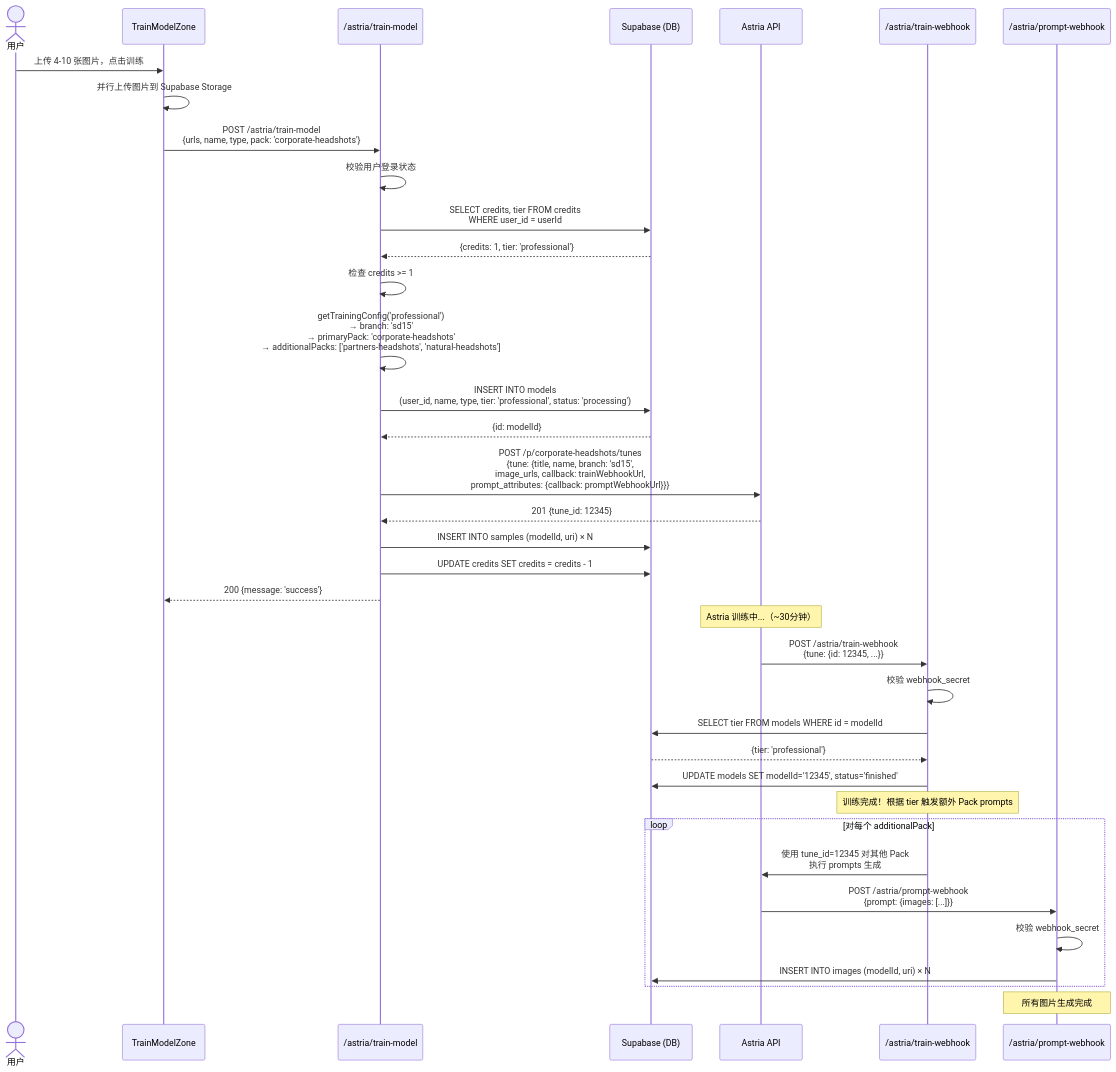
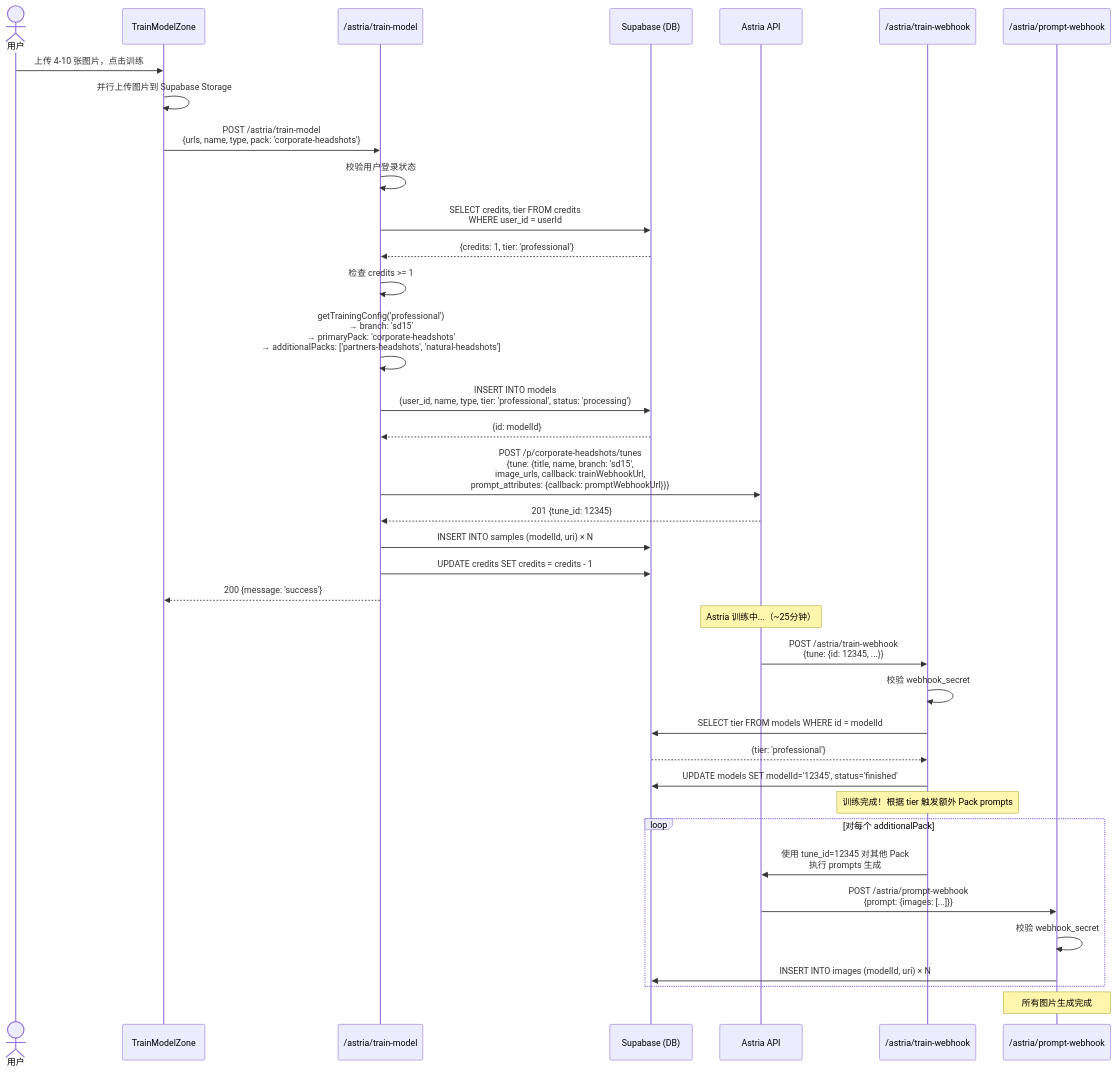
One commit to ruifei521/headshots-starter changed the second of 4 diagrams in docs/ARCHITECTURE.md. Above: the diagram before and after it, drawn with Mermaid. The commit also changed other lines of this file and 271 other files, not shown here.

````diff
--- a/docs/ARCHITECTURE.md
+++ b/docs/ARCHITECTURE.md
@@ -553,48 +553,48 @@
 ```mermaid
 sequenceDiagram
     actor User as 用户
     participant TZ as TrainModelZone
     participant TM as /astria/train-model
     participant DB as Supabase (DB)
     participant Astria as Astria API
     participant TWH as /astria/train-webhook
     participant PWH as /astria/prompt-webhook
 
     User->>TZ: 上传 4-10 张图片，点击训练
     TZ->>TZ: 并行上传图片到 Supabase Storage
     TZ->>TM: POST /astria/train-model<br/>{urls, name, type, pack: 'corporate-headshots'}
     TM->>TM: 校验用户登录状态
     TM->>DB: SELECT credits, tier FROM credits<br/>WHERE user_id = userId
     DB-->>TM: {credits: 1, tier: 'professional'}
     TM->>TM: 检查 credits >= 1
 
     TM->>TM: getTrainingConfig('professional')<br/>→ branch: 'sd15'<br/>→ primaryPack: 'corporate-headshots'<br/>→ additionalPacks: ['partners-headshots', 'natural-headshots']
 
     TM->>DB: INSERT INTO models<br/>(user_id, name, type, tier: 'professional', status: 'processing')
     DB-->>TM: {id: modelId}
 
     TM->>Astria: POST /p/corporate-headshots/tunes<br/>{tune: {title, name, branch: 'sd15',<br/> image_urls, callback: trainWebhookUrl,<br/> prompt_attributes: {callback: promptWebhookUrl}}}
     Astria-->>TM: 201 {tune_id: 12345}
     TM->>DB: INSERT INTO samples (modelId, uri) × N
     TM->>DB: UPDATE credits SET credits = credits - 1
     TM-->>TZ: 200 {message: 'success'}
 
-    Note over Astria: Astria 训练中...（~30分钟）
+    Note over Astria: Astria 训练中...（~25分钟）
 
     Astria->>TWH: POST /astria/train-webhook<br/>{tune: {id: 12345, ...}}
     TWH->>TWH: 校验 webhook_secret
     TWH->>DB: SELECT tier FROM models WHERE id = modelId
     DB-->>TWH: {tier: 'professional'}
     TWH->>DB: UPDATE models SET modelId='12345', status='finished'
 
     Note over TWH: 训练完成！根据 tier 触发额外 Pack prompts
 
     loop 对每个 additionalPack
         TWH->>Astria: 使用 tune_id=12345 对其他 Pack<br/>执行 prompts 生成
         Astria->>PWH: POST /astria/prompt-webhook<br/>{prompt: {images: [...]}}
         PWH->>PWH: 校验 webhook_secret
         PWH->>DB: INSERT INTO images (modelId, uri) × N
     end
 
     Note over PWH: 所有图片生成完成
 ```
````
